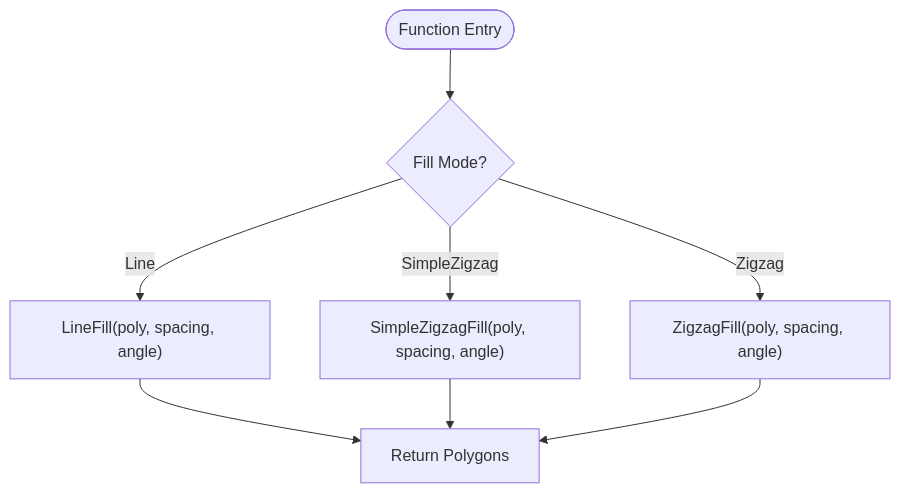
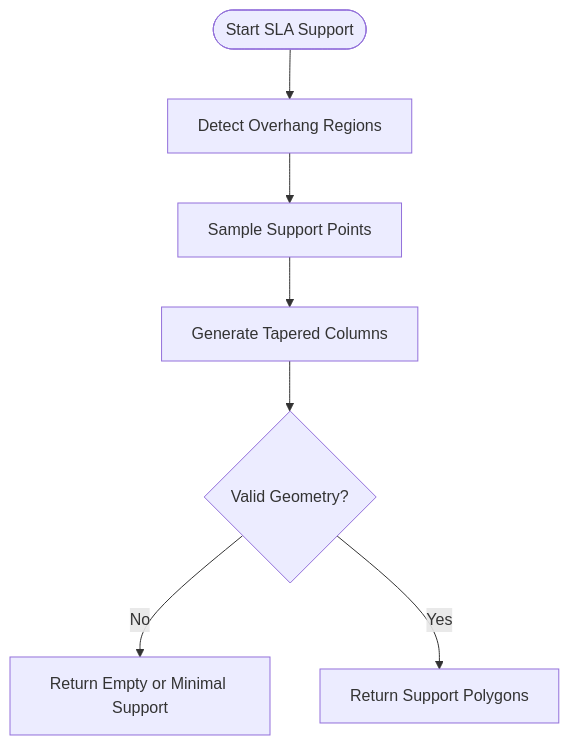
Before and after one commit to hsmbanlance/HsBaSlicer: the fourth of 8 diagrams in .qoder/repowiki/en/content/Extension Development/Custom Algorithms.md, drawn with Mermaid. The commit also changed other lines of this file and 1095 other files, not shown here.

````diff
--- a/.qoder/repowiki/en/content/Extension Development/Custom Algorithms.md
+++ b/.qoder/repowiki/en/content/Extension Development/Custom Algorithms.md
@@ -275,10 +271,9 @@
 ```mermaid
 flowchart TD
-Start(["Function Entry"]) --> ModeCheck{"Fill Mode?"}
-ModeCheck --> |Line| LineFill["LineFill(poly, spacing, angle)"]
-ModeCheck --> |SimpleZigzag| SimpleZig["SimpleZigzagFill(poly, spacing, angle)"]
-ModeCheck --> |Zigzag| Zig["ZigzagFill(poly, spacing, angle)"]
-LineFill --> Result["Return Polygons"]
-SimpleZig --> Result
-Zig --> Result
+Start(["Start SLA Support"]) --> DetectOverhang["Detect Overhang Regions"]
+DetectOverhang --> SamplePoints["Sample Support Points"]
+SamplePoints --> GenerateColumns["Generate Tapered Columns"]
+GenerateColumns --> ValidateGeometry{"Valid Geometry?"}
+ValidateGeometry --> |No| ReturnEmpty["Return Empty or Minimal Support"]
+ValidateGeometry --> |Yes| ReturnResult["Return Support Polygons"]
 ```
````
